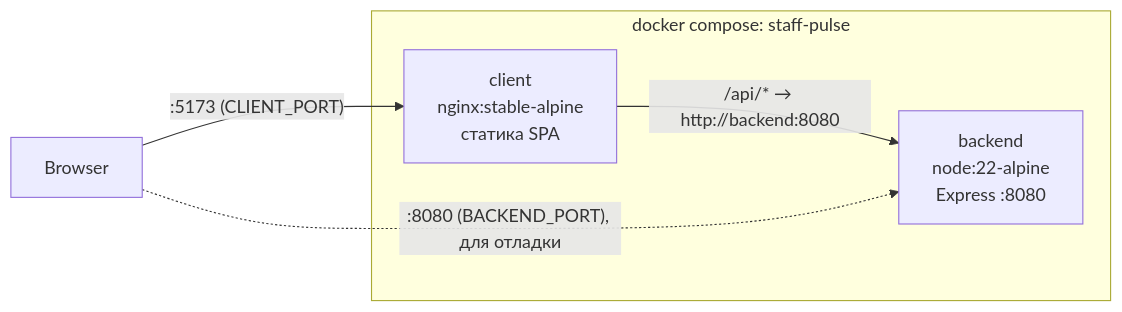
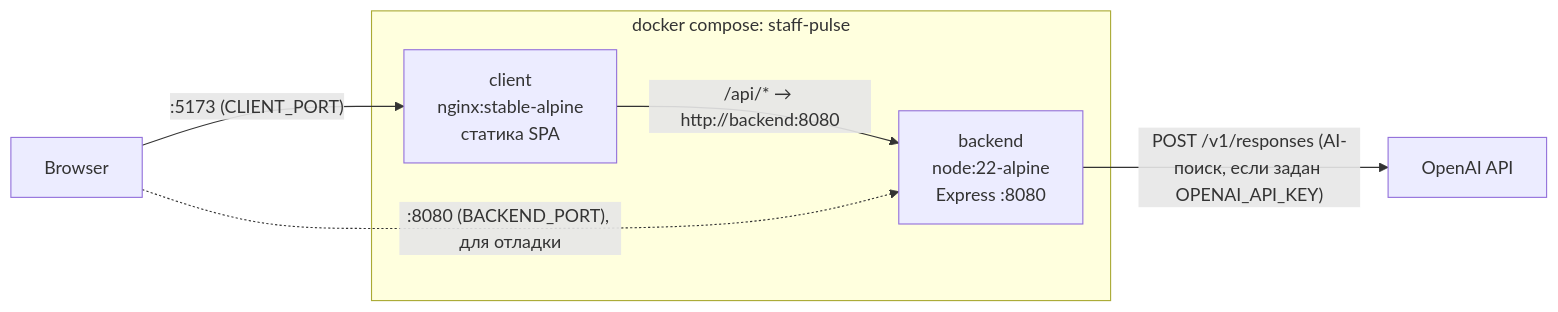
The first of 6 diagrams in docs/architecture.md (Eugene-Okhryamkin/company-test), drawn with Mermaid before and after one commit. The commit also changed other lines of this file and 35 other files, not shown here.

````diff
--- a/docs/architecture.md
+++ b/docs/architecture.md
@@ -16,8 +18,9 @@
 ```mermaid
 flowchart LR
     B[Browser] -->|":5173 (CLIENT_PORT)"| N
     subgraph compose["docker compose: staff-pulse"]
         N["client<br/>nginx:stable-alpine<br/>статика SPA"] -->|"/api/* → http://backend:8080"| A["backend<br/>node:22-alpine<br/>Express :8080"]
     end
     B -.->|":8080 (BACKEND_PORT), для отладки"| A
+    A -->|"POST /v1/responses (AI-поиск, если задан OPENAI_API_KEY)"| O["OpenAI API"]
 ```
````
